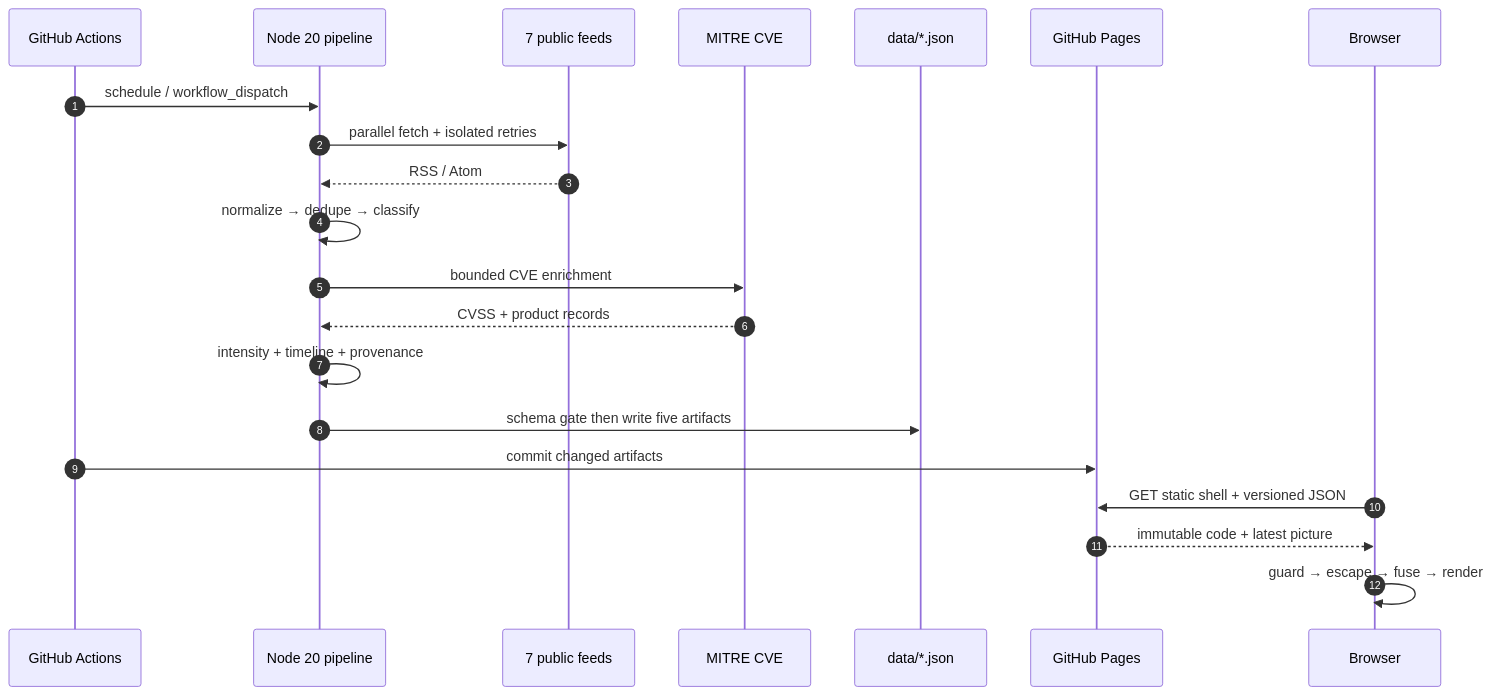
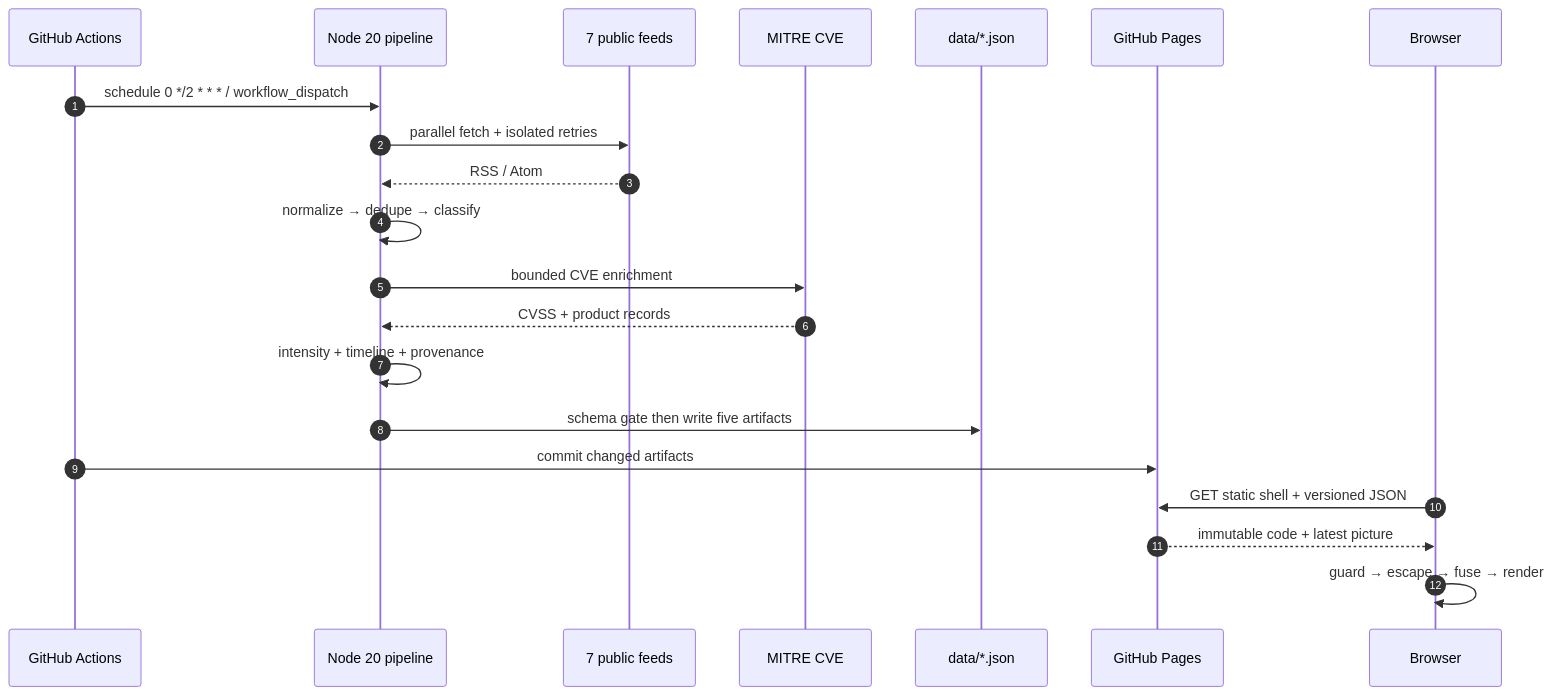
Before and after one commit to YASLOGIST/yaslogist-intelligence: the third of 3 diagrams in README.md, drawn with Mermaid. The commit also changed other lines of this file, not shown here.

````diff
--- a/README.md
+++ b/README.md
@@ -178,24 +197,24 @@
 ```mermaid
 sequenceDiagram
     autonumber
     participant G as GitHub Actions
     participant P as Node 20 pipeline
     participant S as 7 public feeds
     participant M as MITRE CVE
     participant D as data/*.json
     participant E as GitHub Pages
     participant B as Browser
 
-    G->>P: schedule / workflow_dispatch
+    G->>P: schedule 0 */2 * * * / workflow_dispatch
     P->>S: parallel fetch + isolated retries
     S-->>P: RSS / Atom
     P->>P: normalize → dedupe → classify
     P->>M: bounded CVE enrichment
     M-->>P: CVSS + product records
     P->>P: intensity + timeline + provenance
     P->>D: schema gate then write five artifacts
     G->>E: commit changed artifacts
     B->>E: GET static shell + versioned JSON
     E-->>B: immutable code + latest picture
     B->>B: guard → escape → fuse → render
 ```
````
